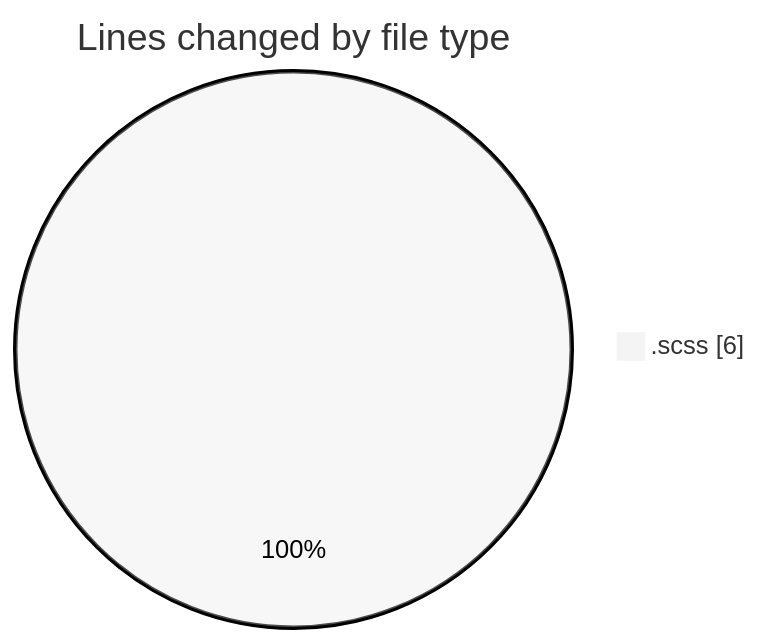
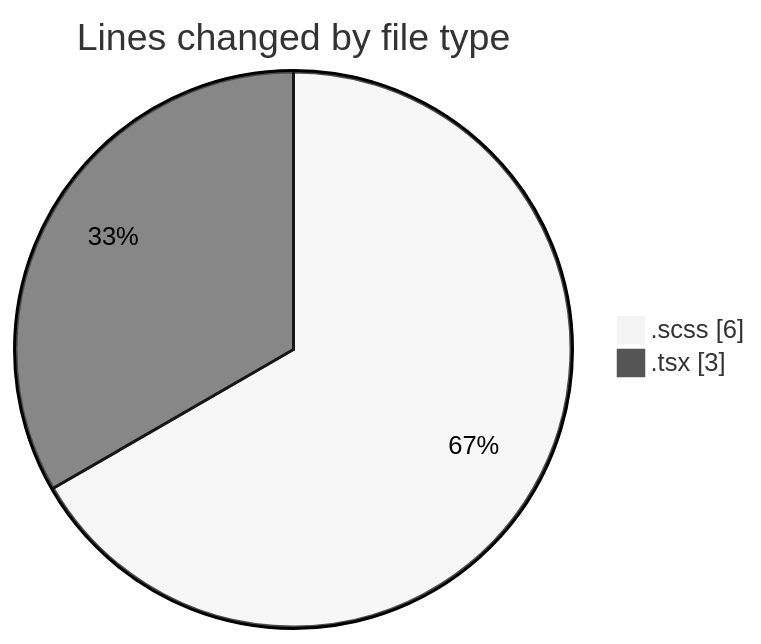
Before and after one commit to momahboobian/code-tracking: the first of 2 diagrams in 2026-08-10/cda/README.md, drawn with Mermaid (neutral theme). The commit also changed other lines of this file and 1 other file, not shown here.

````diff
--- a/2026-08-10/cda/README.md
+++ b/2026-08-10/cda/README.md
@@ -20,5 +21,6 @@
 ```mermaid
 pie showData
 title Lines changed by file type
 ".scss" : 6
+".tsx" : 3
 ```
````
